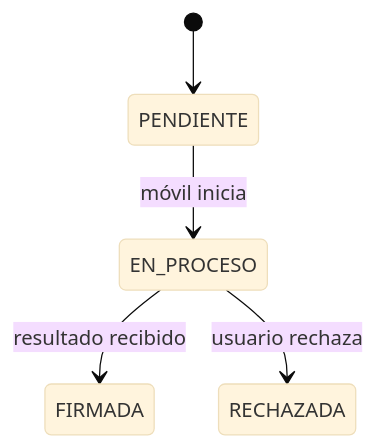
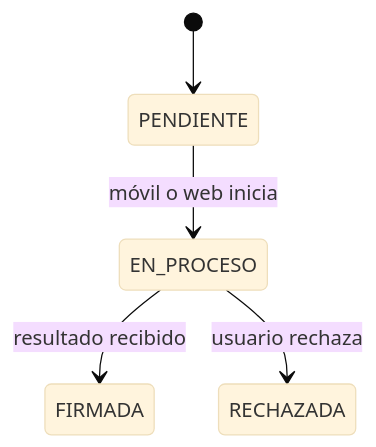
One commit to AlexQuispe/firmador-servicio changed the second of 2 diagrams in README.md. Above: the diagram before and after it, drawn with Mermaid (base theme). The commit also changed other lines of this file and 7 other files, not shown here.

````diff
--- a/README.md
+++ b/README.md
@@ -27,7 +30,7 @@
 ```mermaid
 stateDiagram-v2
     [*] --> PENDIENTE
-    PENDIENTE --> EN_PROCESO: móvil inicia
+    PENDIENTE --> EN_PROCESO: móvil o web inicia
     EN_PROCESO --> FIRMADA: resultado recibido
     EN_PROCESO --> RECHAZADA: usuario rechaza
 ```
````
